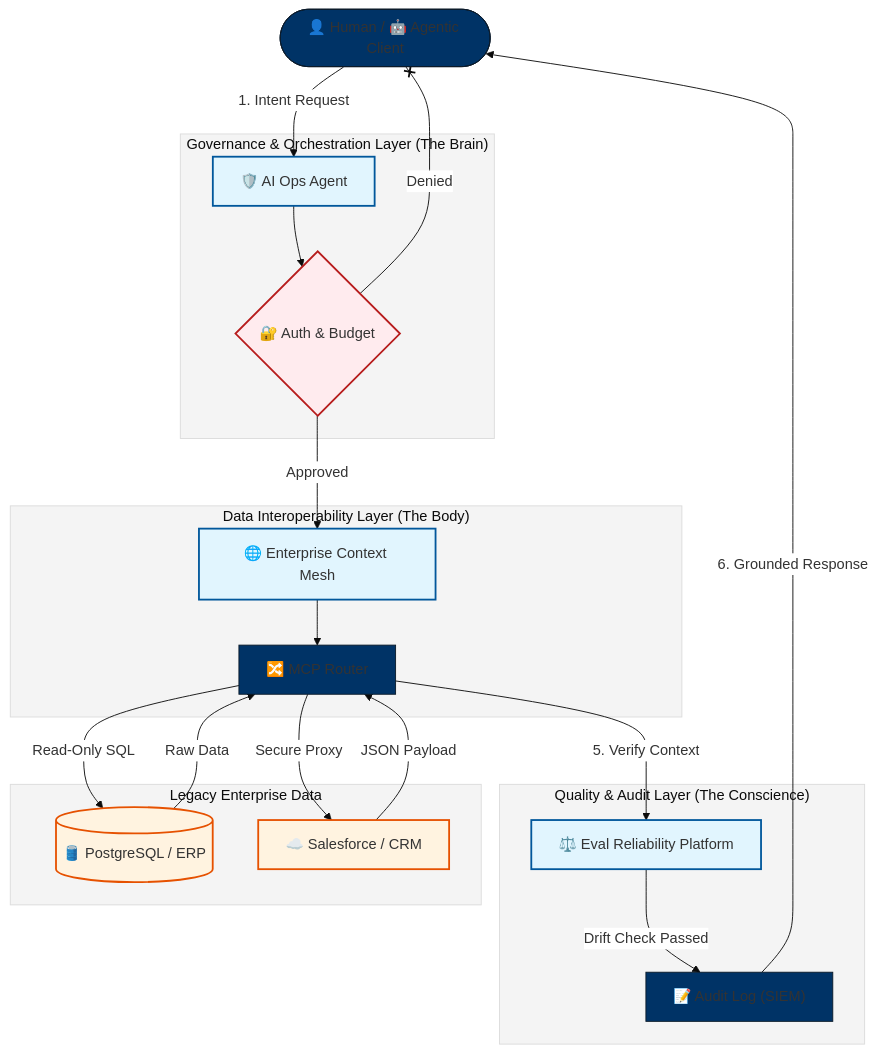
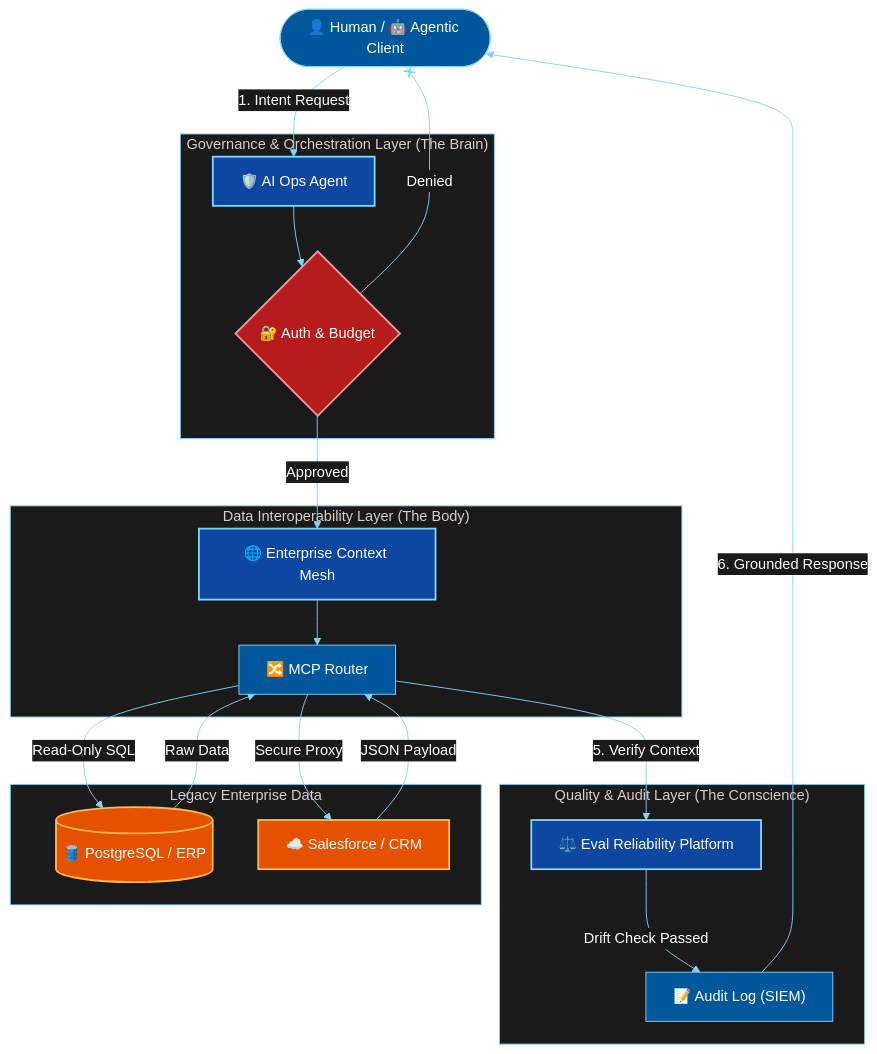
Before and after one commit to shrikantkashi2510-gif/enterprise-agentic-suite: the diagram in README.md, drawn with Mermaid.

````diff
--- a/README.md
+++ b/README.md
@@ -20,52 +20,66 @@
 ```mermaid
-%%{init: {'theme': 'base', 'themeVariables': { 'primaryColor': '#003366', 'edgeLabelBackground':'#ffffff', 'tertiaryColor': '#f4f4f4'}}}%%
+%%{init: {
+  'theme': 'base',
+  'themeVariables': {
+    'primaryColor': '#01579b',
+    'primaryTextColor': '#ffffff',
+    'primaryBorderColor': '#81d4fa',
+    'lineColor': '#81d4fa',
+    'secondaryColor': '#003366',
+    'tertiaryColor': '#263238',
+    'clusterBkg': '#1a1a1a',
+    'clusterBorder': '#81d4fa',
+    'edgeLabelBackground':'#1a1a1a',
+    'nodeTextColor': '#ffffff'
+  }
+}}%%
 graph TD
     %% Define Nodes
     Client(["👤 Human / 🤖 Agentic Client"])
 
     subgraph "Governance & Orchestration Layer (The Brain)"
         Ops["🛡️ AI Ops Agent"]
         Auth{"🔐 Auth & Budget"}
     end
 
     subgraph "Data Interoperability Layer (The Body)"
         ECM["🌐 Enterprise Context Mesh"]
         Router["🔀 MCP Router"]
     end
 
     subgraph "Quality & Audit Layer (The Conscience)"
         Eval["⚖️ Eval Reliability Platform"]
         Log["📝 Audit Log (SIEM)"]
     end
 
     subgraph "Legacy Enterprise Data"
         SQL[("🛢️ PostgreSQL / ERP")]
         API["☁️ Salesforce / CRM"]
     end
 
     %% Define Relationships
     Client -->|"1. Intent Request"| Ops
     Ops --> Auth
     Auth -->|"Approved"| ECM
     Auth --x|"Denied"| Client
 
     ECM --> Router
     Router -->|"Read-Only SQL"| SQL
     Router -->|"Secure Proxy"| API
 
     SQL -->|"Raw Data"| Router
     API -->|"JSON Payload"| Router
 
     Router -->|"5. Verify Context"| Eval
     Eval -->|"Drift Check Passed"| Log
     Log -->|"6. Grounded Response"| Client
 
     %% Styling
-    classDef secure fill:#e1f5fe,stroke:#01579b,stroke-width:2px;
-    classDef legacy fill:#fff3e0,stroke:#e65100,stroke-width:2px;
-    classDef critical fill:#ffebee,stroke:#b71c1c,stroke-width:2px;
+    classDef secure fill:#0d47a1,stroke:#81d4fa,stroke-width:2px,color:#ffffff;
+    classDef legacy fill:#e65100,stroke:#ffb74d,stroke-width:2px,color:#ffffff;
+    classDef critical fill:#b71c1c,stroke:#ef9a9a,stroke-width:2px,color:#ffffff;
 
     class Ops,ECM,Eval secure;
     class SQL,API legacy;
     class Auth critical;
 ```
````
